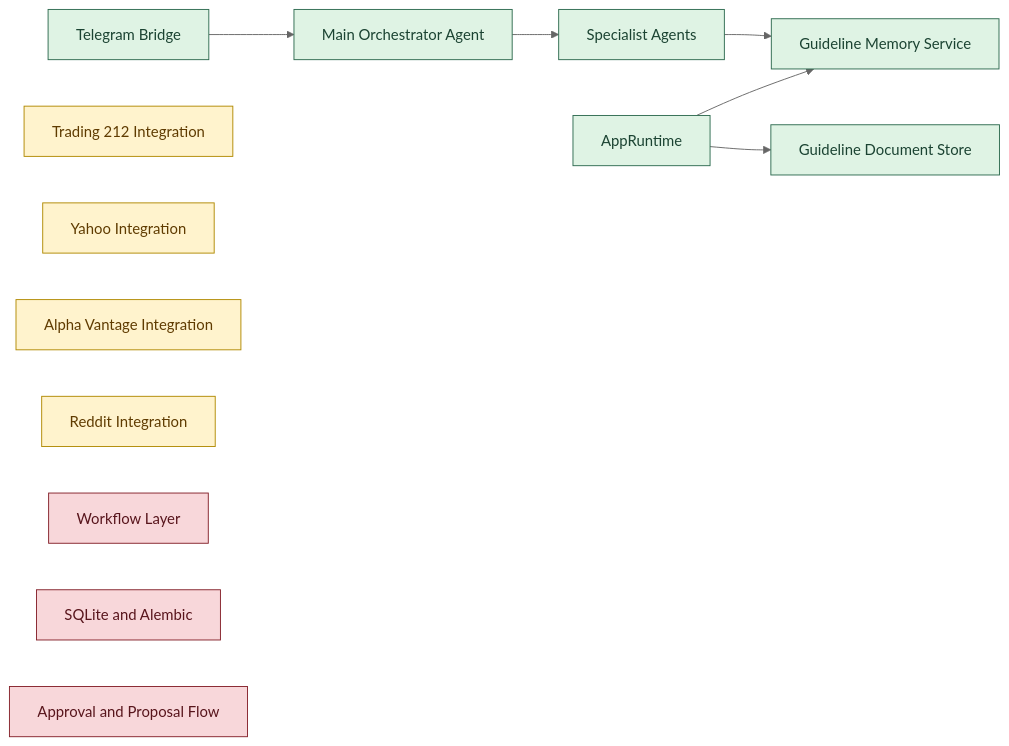
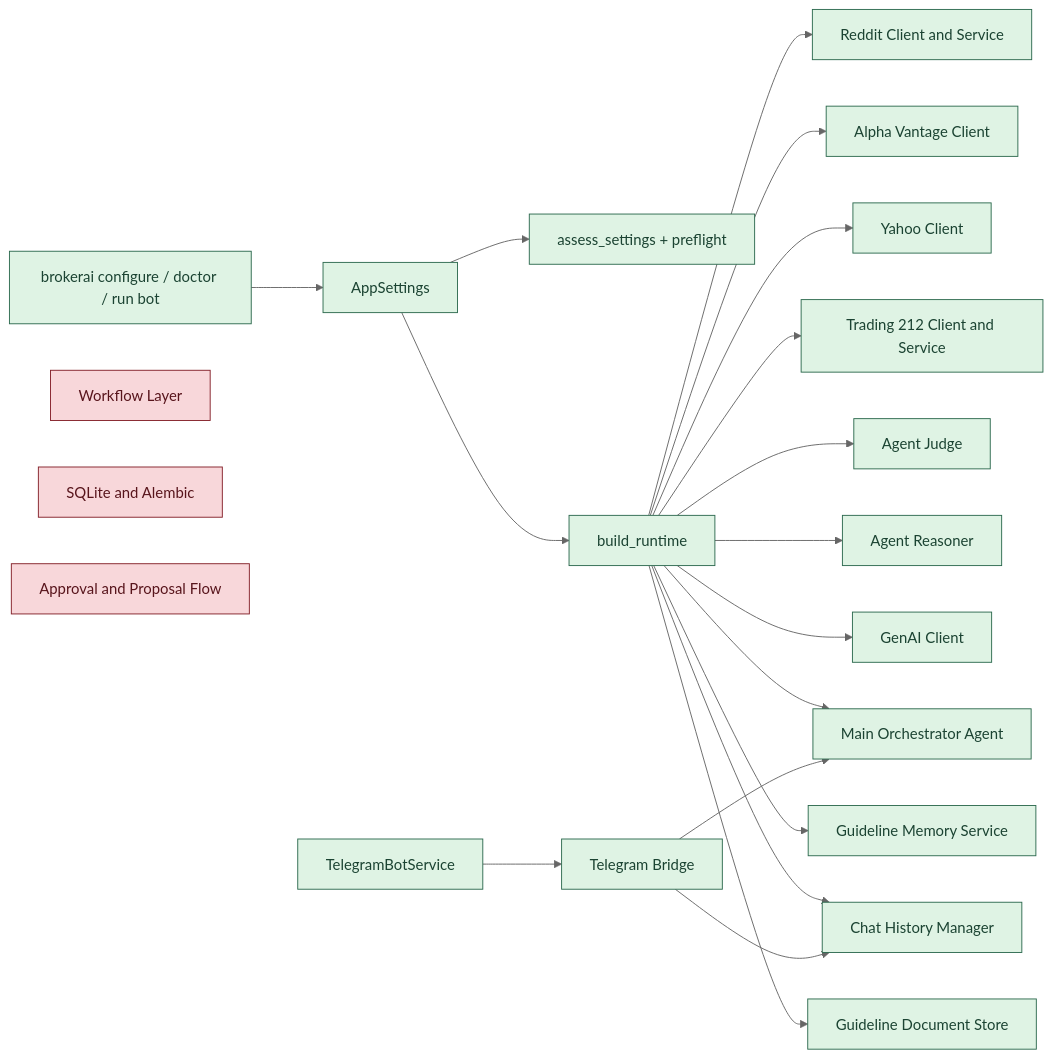
Before and after one commit to applebar17/T212AI: the second of 9 diagrams in docs/ARCHITECTURE_DIAGRAMS.md, drawn with Mermaid (neutral theme). The commit also changed other lines of this file and 1 other file, not shown here.

````diff
--- a/docs/ARCHITECTURE_DIAGRAMS.md
+++ b/docs/ARCHITECTURE_DIAGRAMS.md
@@ -55,25 +42,34 @@
 ```mermaid
 flowchart LR
-    RUNTIME[AppRuntime] --> GS[Guideline Memory Service]
-    RUNTIME --> GDS[Guideline Document Store]
+    CLI[brokerai configure / doctor / run bot] --> SETTINGS[AppSettings]
+    SETTINGS --> ASSESS[assess_settings + preflight]
+    SETTINGS --> RT[build_runtime]
 
-    TG[Telegram Bridge] --> ORCH[Main Orchestrator Agent]
-    ORCH --> AGENTS[Specialist Agents]
-    AGENTS --> GS
+    RT --> GDOC[Guideline Document Store]
+    RT --> GSVC[Guideline Memory Service]
+    RT --> HIST[Chat History Manager]
+    RT --> GENAI[GenAI Client]
+    RT --> REASON[Agent Reasoner]
+    RT --> JUDGE[Agent Judge]
+    RT --> ORCH[Main Orchestrator Agent]
 
-    T212[Trading 212 Integration]
-    Y[Yahoo Integration]
-    A[Alpha Vantage Integration]
-    RD[Reddit Integration]
+    RT --> T212[Trading 212 Client and Service]
+    RT --> Y[Yahoo Client]
+    RT --> A[Alpha Vantage Client]
+    RT --> RD[Reddit Client and Service]
+
+    BOT[TelegramBotService] --> TG[Telegram Bridge]
+    TG --> ORCH
+    TG --> HIST
+
     WF[Workflow Layer]
     DB[SQLite and Alembic]
     APPROVAL[Approval and Proposal Flow]
 
     classDef wired fill:#dff3e4,stroke:#2d6a4f,color:#1b4332;
     classDef partial fill:#fff3cd,stroke:#b08900,color:#5f3b00;
     classDef missing fill:#f8d7da,stroke:#842029,color:#58151c;
 
-    class RUNTIME,GS,GDS,TG,ORCH,AGENTS wired;
-    class T212,Y,A,RD partial;
+    class CLI,SETTINGS,ASSESS,RT,GDOC,GSVC,HIST,GENAI,REASON,JUDGE,ORCH,T212,Y,A,RD,BOT,TG wired;
     class WF,DB,APPROVAL missing;
 ```
````
